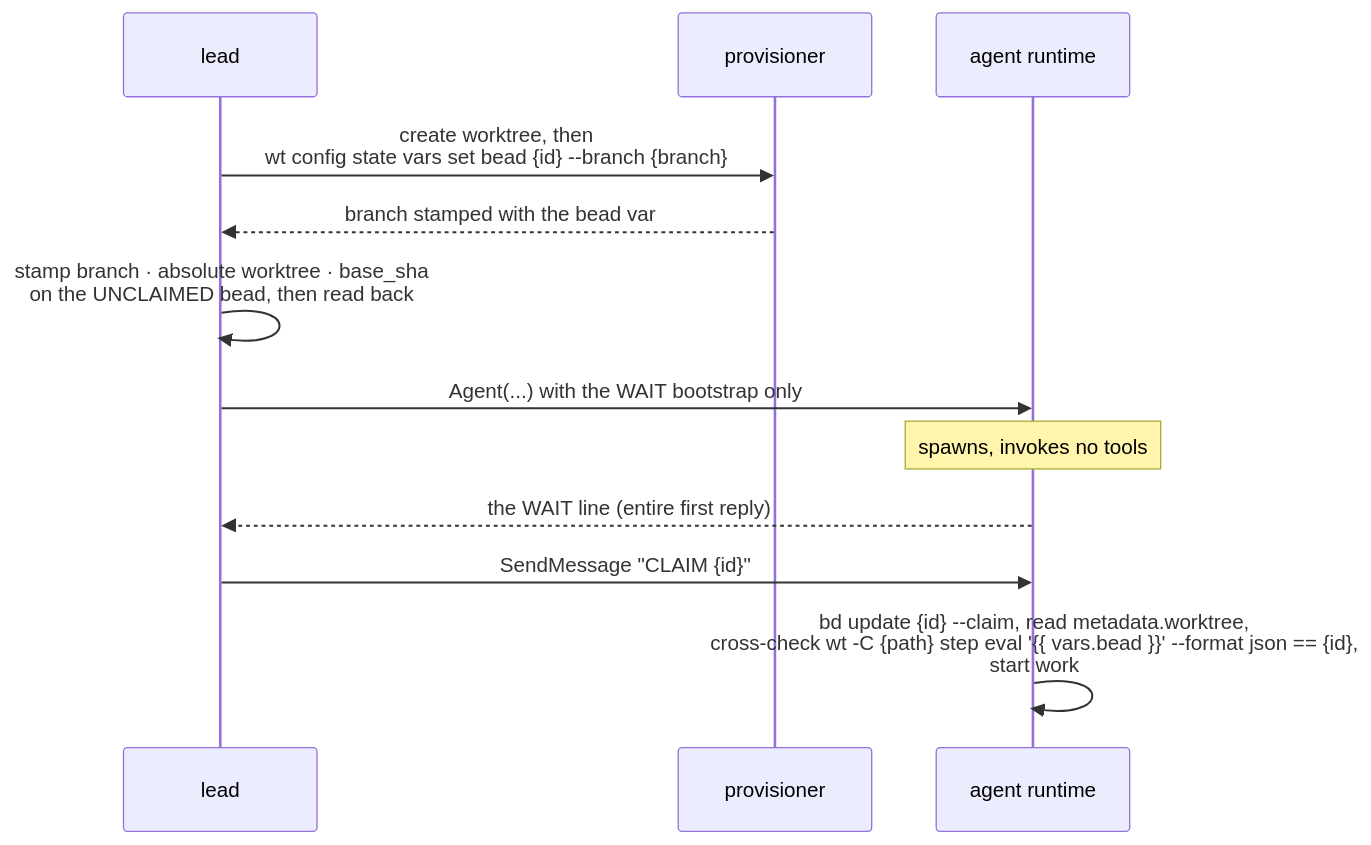
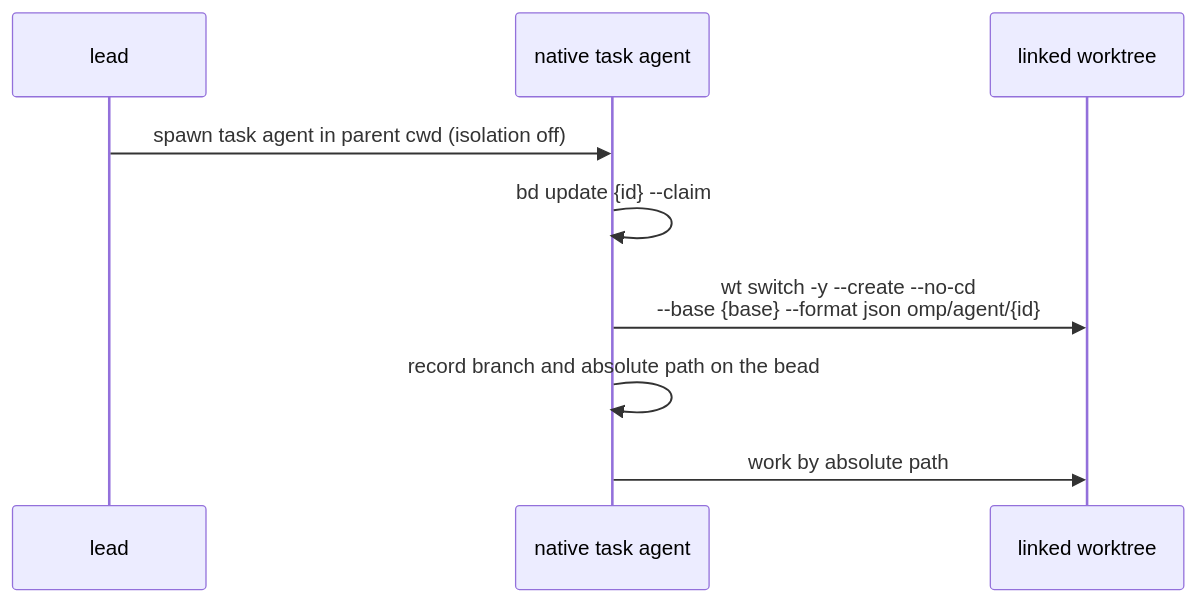
The fourth of 6 diagrams in docs/orchestrate.md (srobroek/agentic-packages), drawn with Mermaid before and after one commit. The commit also changed other lines of this file and 37 other files, not shown here.

````diff
--- a/docs/orchestrate.md
+++ b/docs/orchestrate.md
@@ -149,14 +150,11 @@
 ```mermaid
 sequenceDiagram
     participant L as lead
-    participant P as provisioner
-    participant A as agent runtime
-    L->>P: create worktree, then<br/>wt config state vars set bead {id} --branch {branch}
-    P-->>L: branch stamped with the bead var
-    L->>L: stamp branch · absolute worktree · base_sha<br/>on the UNCLAIMED bead, then read back
-    L->>A: Agent(...) with the WAIT bootstrap only
-    Note over A: spawns, invokes no tools
-    A-->>L: the WAIT line (entire first reply)
-    L->>A: SendMessage "CLAIM {id}"
-    A->>A: bd update {id} --claim, read metadata.worktree,<br/>cross-check wt -C {path} step eval '{{ vars.bead }}' --format json == {id},<br/>start work
+    participant A as native task agent
+    participant W as linked worktree
+    L->>A: spawn task agent in parent cwd (isolation off)
+    A->>A: bd update {id} --claim
+    A->>W: wt switch -y --create --no-cd<br/>--base {base} --format json omp/agent/{id}
+    A->>A: record branch and absolute path on the bead
+    A->>W: work by absolute path
 ```
````
